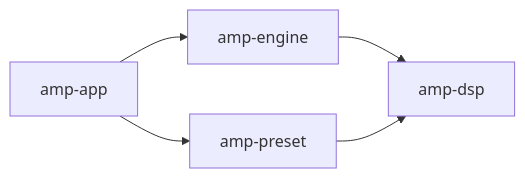
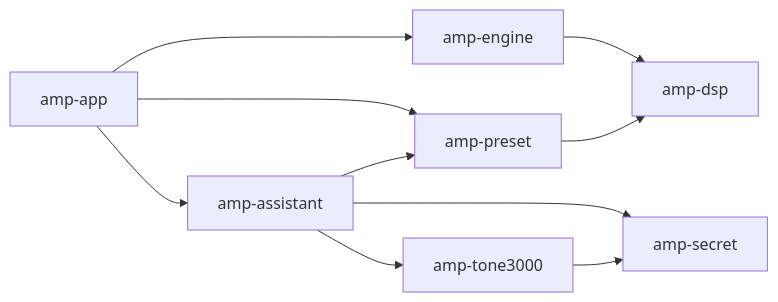
The first of 2 diagrams in docs/internals/index.md (joeyf116/amp-gpui), drawn with Mermaid before and after one commit. The commit also changed other lines of this file and 14 other files, not shown here.

First line of the commit message:
Document the tone assistant and the simpler Explorer

````diff
--- a/docs/internals/index.md
+++ b/docs/internals/index.md
@@ -18,7 +21,12 @@
 ```mermaid
 flowchart LR
     app[amp-app] --> engine[amp-engine]
     app --> preset[amp-preset]
+    app --> assistant[amp-assistant]
     engine --> dsp[amp-dsp]
     preset --> dsp
+    assistant --> preset
+    assistant --> tone3000[amp-tone3000]
+    assistant --> secret[amp-secret]
+    tone3000 --> secret
 ```
````
